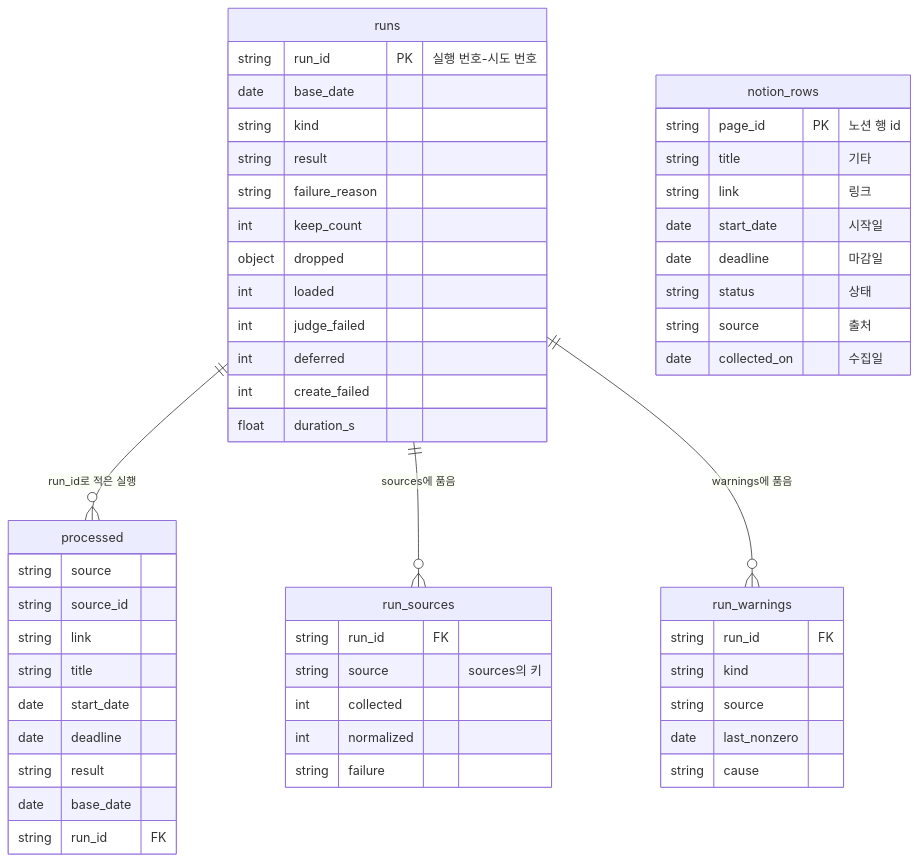
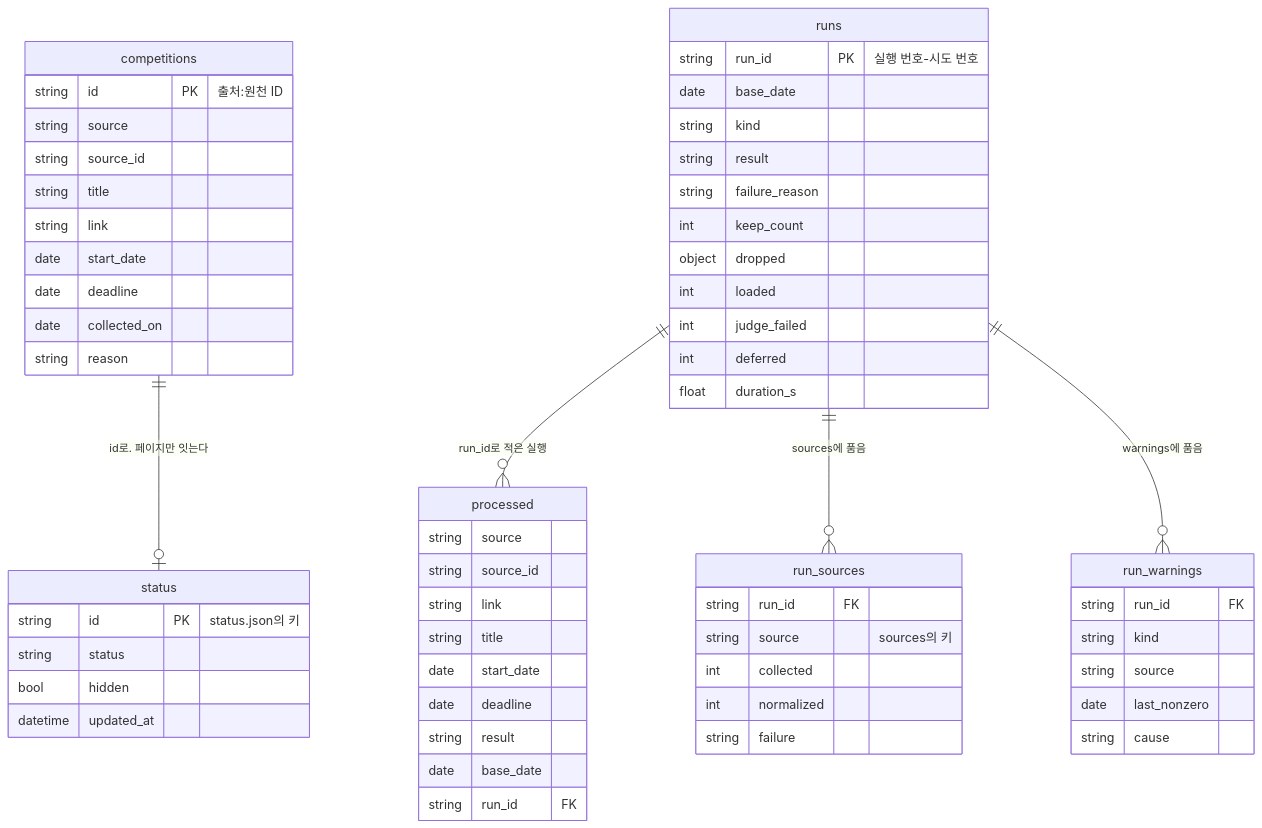
Before and after one commit to HoyoungParkme/competition-crawler: the diagram in docs/specs/06-DOM/CCR-DOM-003.md, drawn with Mermaid. The commit also changed other lines of this file, not shown here.

Commit message:
spec(CCR-DOM-003): 노션 테이블 notion_rows 삭제, 목록 파일 competitions와 상태 파일 status 신설. runs의 create_failed와 노션 실패 사유 셋 삭제, run_warnings 종류 셋으로, 파일 넷의 공통 형식과 정규화 항목 고침(DOM-001 v4·DOM-002 v5·INFRA v5·API v3 반영)

````diff
--- a/docs/specs/06-DOM/CCR-DOM-003.md
+++ b/docs/specs/06-DOM/CCR-DOM-003.md
@@ -31,55 +32,62 @@
 ```mermaid
 erDiagram
+    competitions ||--o| status : "id로. 페이지만 잇는다"
     runs ||--o{ processed : "run_id로 적은 실행"
     runs ||--o{ run_sources : "sources에 품음"
     runs ||--o{ run_warnings : "warnings에 품음"
+    competitions {
+        string id PK "출처:원천 ID"
+        string source
+        string source_id
+        string title
+        string link
+        date start_date
+        date deadline
+        date collected_on
+        string reason
+    }
+    status {
+        string id PK "status.json의 키"
+        string status
+        bool hidden
+        datetime updated_at
+    }
     runs {
         string run_id PK "실행 번호-시도 번호"
         date base_date
         string kind
         string result
         string failure_reason
         int keep_count
         object dropped
         int loaded
         int judge_failed
         int deferred
-        int create_failed
         float duration_s
     }
     processed {
         string source
         string source_id
         string link
         string title
         date start_date
         date deadline
         string result
         date base_date
         string run_id FK
     }
     run_sources {
         string run_id FK
         string source "sources의 키"
         int collected
         int normalized
         string failure
     }
     run_warnings {
         string run_id FK
         string kind
         string source
         date last_nonzero
         string cause
     }
-    notion_rows {
-        string page_id PK "노션 행 id"
-        string title "기타"
-        string link "링크"
-        date start_date "시작일"
-        date deadline "마감일"
-        string status "상태"
-        string source "출처"
-        date collected_on "수집일"
-    }
 ```
````
